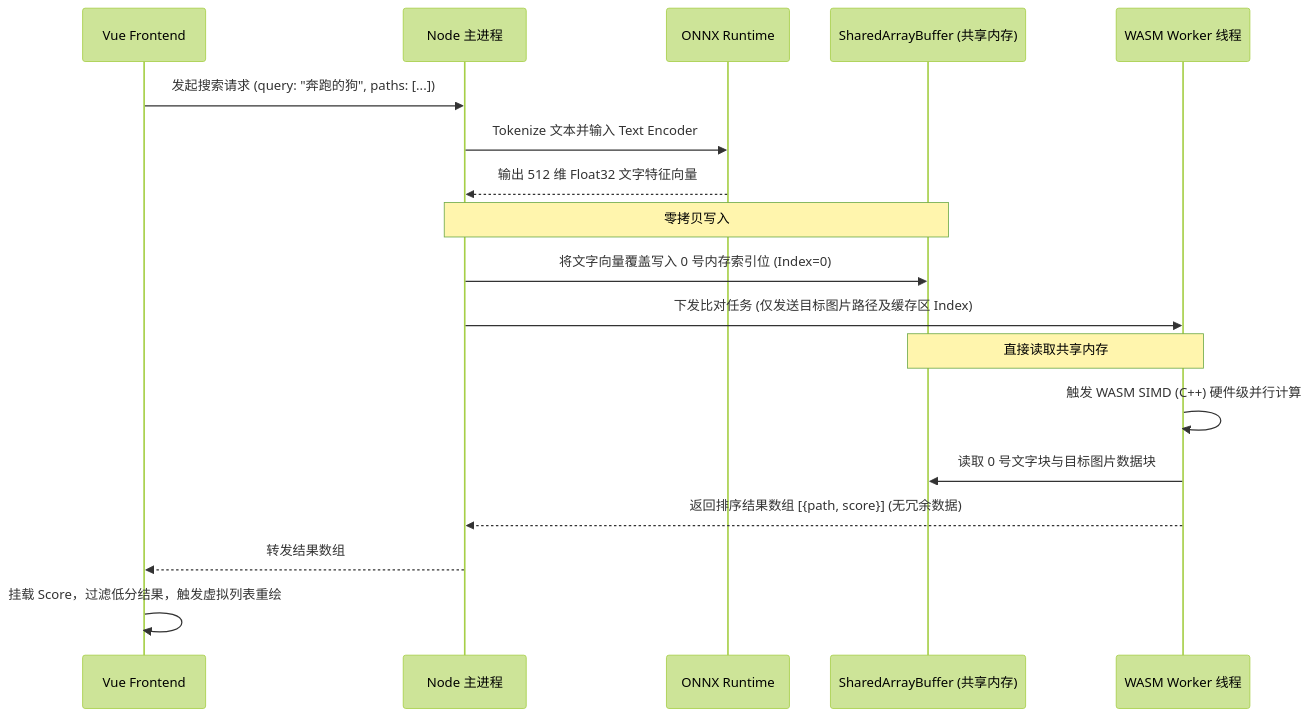
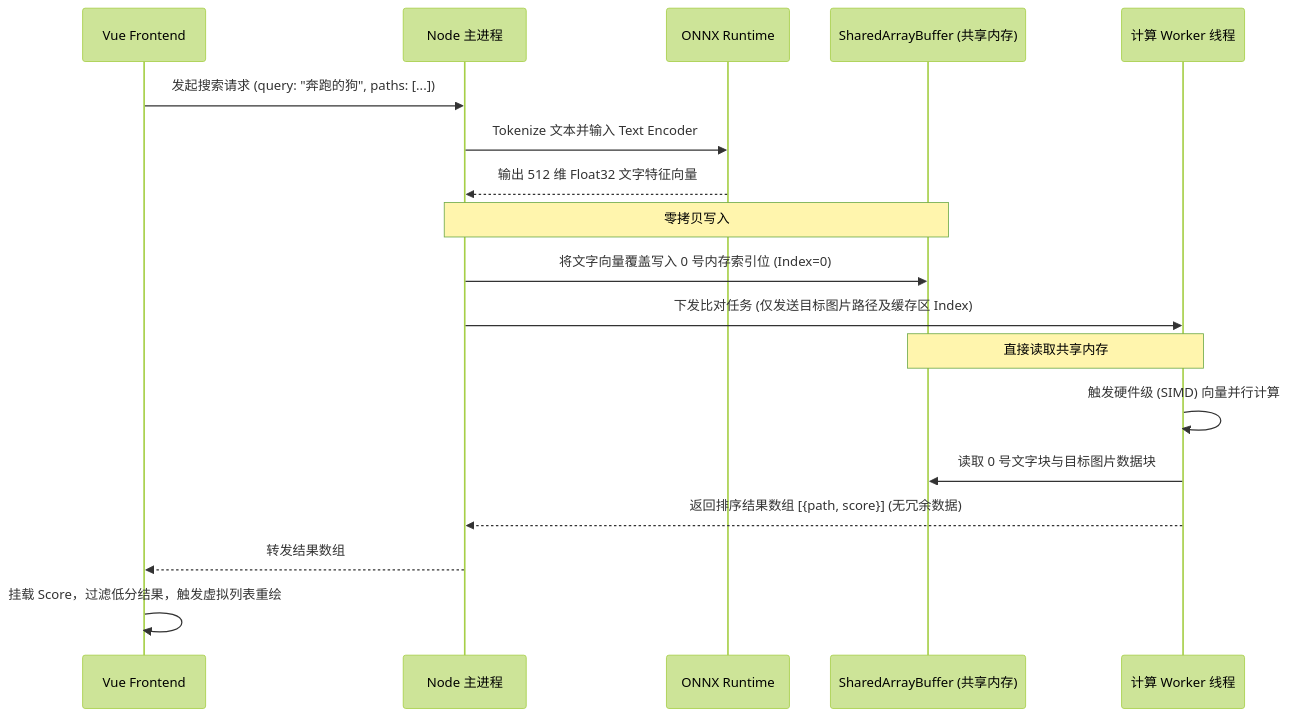
Before and after one commit to NovaMindLab/AIShare-Grabber: the first of 2 diagrams in wiki/features/semantic_search_architecture.md, drawn with Mermaid (forest theme). The commit also changed other lines of this file, not shown here.

Commit message:
docs(wiki): scrub low-level technical terms from architecture report for management presentation

````diff
--- a/wiki/features/semantic_search_architecture.md
+++ b/wiki/features/semantic_search_architecture.md
@@ -39,25 +39,25 @@
 ```mermaid
 sequenceDiagram
     participant Vue as Vue Frontend
     participant Main as Node 主进程
     participant ONNX as ONNX Runtime
     participant SAB as SharedArrayBuffer (共享内存)
-    participant Worker as WASM Worker 线程
+    participant Worker as 计算 Worker 线程
 
     Vue->>Main: 发起搜索请求 (query: "奔跑的狗", paths: [...])
     Main->>ONNX: Tokenize 文本并输入 Text Encoder
     ONNX-->>Main: 输出 512 维 Float32 文字特征向量
     
     Note over Main, SAB: 零拷贝写入
     Main->>SAB: 将文字向量覆盖写入 0 号内存索引位 (Index=0)
     
     Main->>Worker: 下发比对任务 (仅发送目标图片路径及缓存区 Index)
     
     Note over Worker, SAB: 直接读取共享内存
-    Worker->>Worker: 触发 WASM SIMD (C++) 硬件级并行计算
+    Worker->>Worker: 触发硬件级 (SIMD) 向量并行计算
     Worker->>SAB: 读取 0 号文字块与目标图片数据块
     Worker-->>Main: 返回排序结果数组 [{path, score}] (无冗余数据)
     
     Main-->>Vue: 转发结果数组
     Vue->>Vue: 挂载 Score，过滤低分结果，触发虚拟列表重绘
 ```
````
